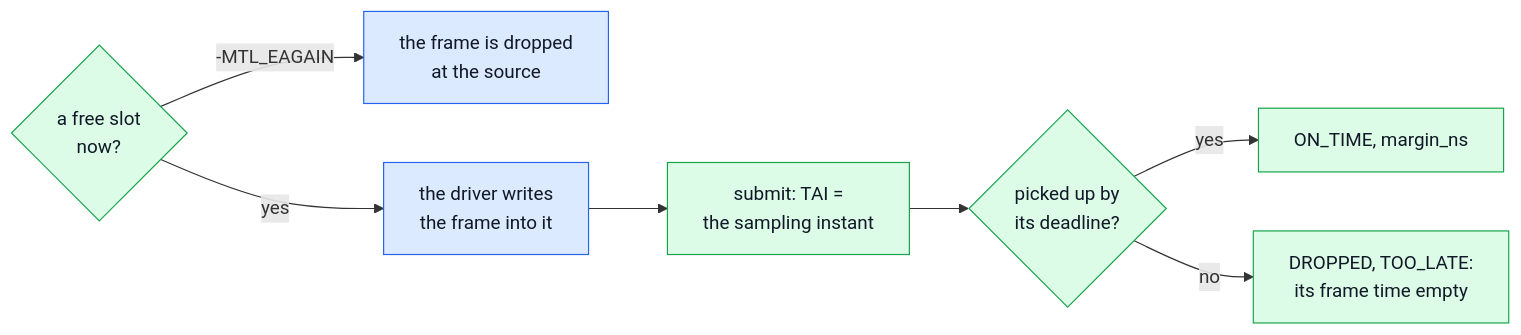
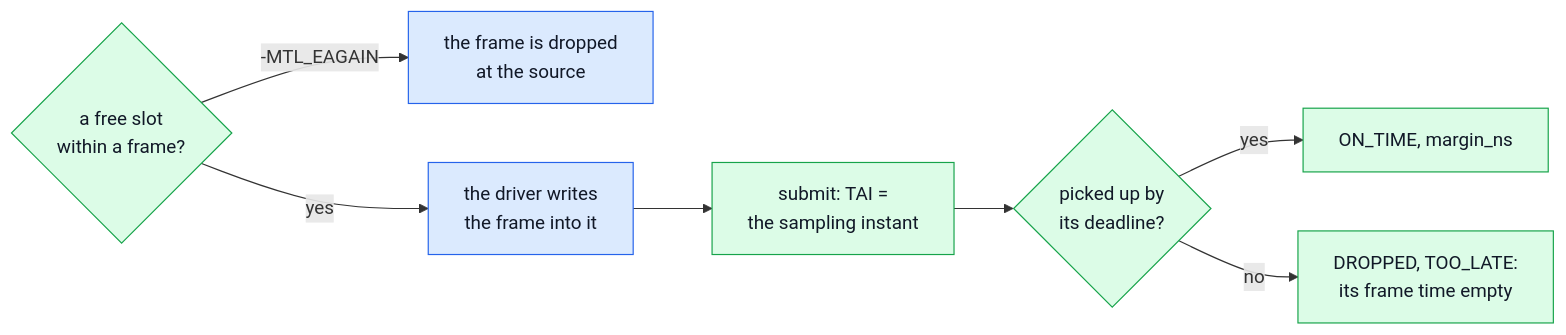
The sixth of 25 diagrams in doc/unified-api/examples.md (Sakoram/Media-Transport-Library), drawn with Mermaid before and after one commit. The commit also changed other lines of this file and 46 other files, not shown here.

````diff
--- a/doc/unified-api/examples.md
+++ b/doc/unified-api/examples.md
@@ -746,11 +747,11 @@
 ```mermaid
 flowchart LR
-    A{"a free slot<br/>now?"}:::mtl -->|"-MTL_EAGAIN"| D["the frame is dropped<br/>at the source"]:::app
+    A{"a free slot<br/>within a frame?"}:::mtl -->|"-MTL_EAGAIN"| D["the frame is dropped<br/>at the source"]:::app
     A -->|"yes"| C["the driver writes<br/>the frame into it"]:::app
     C --> S["submit: TAI =<br/>the sampling instant"]:::mtl
     S --> P{"picked up by<br/>its deadline?"}:::mtl
     P -->|"yes"| OT["ON_TIME, margin_ns"]:::mtl
     P -->|"no"| DR["DROPPED, TOO_LATE:<br/>its frame time empty"]:::mtl
     classDef app fill:#dbeafe,stroke:#2563eb,color:#111827
     classDef mtl fill:#dcfce7,stroke:#16a34a,color:#111827
 ```
````
